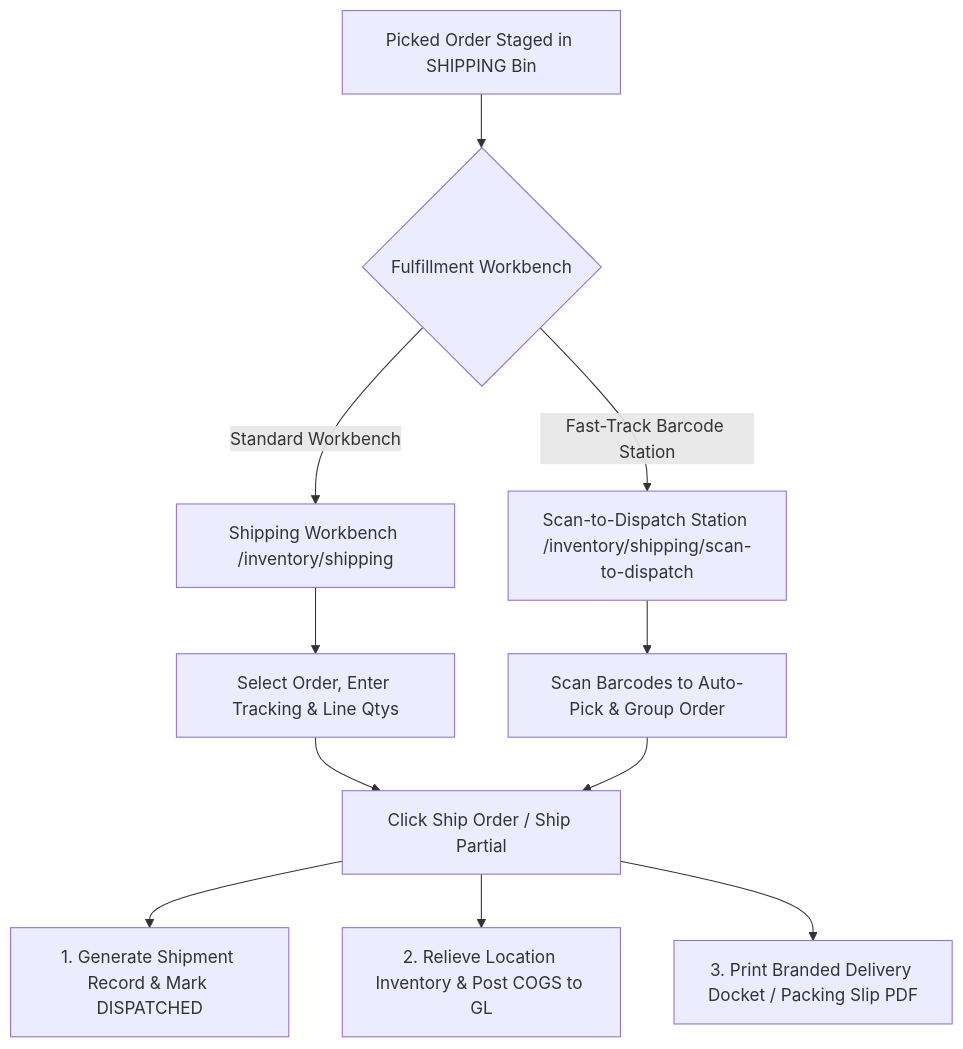
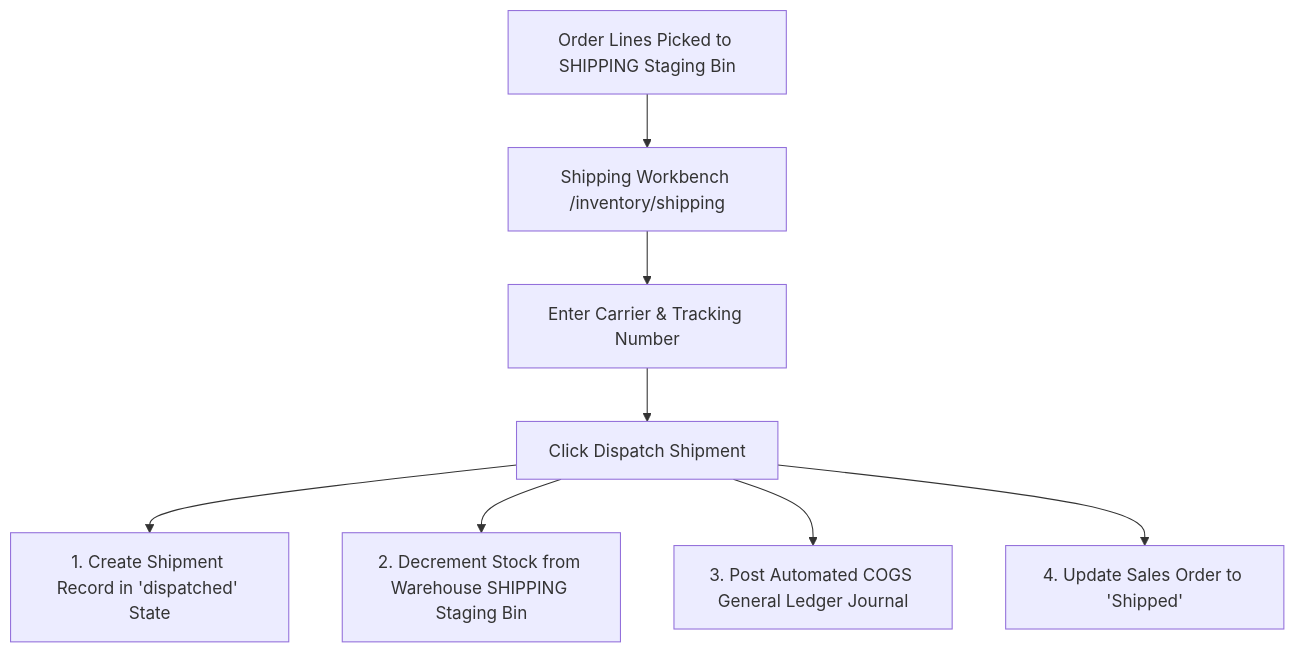
Before and after one commit to herobmdotcom/herobm: the diagram in docs/user/shipping.md, drawn with Mermaid. The commit also changed other lines of this file and 32 other files, not shown here.

````diff
--- a/docs/user/shipping.md
+++ b/docs/user/shipping.md
@@ -45,16 +44,10 @@
 ```mermaid
 flowchart TD
-    A[Picked Order Staged in SHIPPING Bin] --> B{Fulfillment Workbench}
-    B -->|Standard Workbench| C[Shipping Workbench /inventory/shipping]
-    B -->|Fast-Track Barcode Station| D[Scan-to-Dispatch Station /inventory/shipping/scan-to-dispatch]
-
-    C --> E[Select Order, Enter Tracking & Line Qtys]
-    D --> F[Scan Barcodes to Auto-Pick & Group Order]
-
-    E --> G[Click Ship Order / Ship Partial]
-    F --> G
-
-    G --> H[1. Generate Shipment Record & Mark DISPATCHED]
-    G --> I[2. Relieve Location Inventory & Post COGS to GL]
-    G --> J[3. Print Branded Delivery Docket / Packing Slip PDF]
+    A[Order Lines Picked to SHIPPING Staging Bin] --> B[Shipping Workbench /inventory/shipping]
+    B --> C[Enter Carrier & Tracking Number]
+    C --> D[Click Dispatch Shipment]
+    D --> E[1. Create Shipment Record in 'dispatched' State]
+    D --> F[2. Decrement Stock from Warehouse SHIPPING Staging Bin]
+    D --> G[3. Post Automated COGS General Ledger Journal]
+    D --> H[4. Update Sales Order to 'Shipped']
 ```
````
